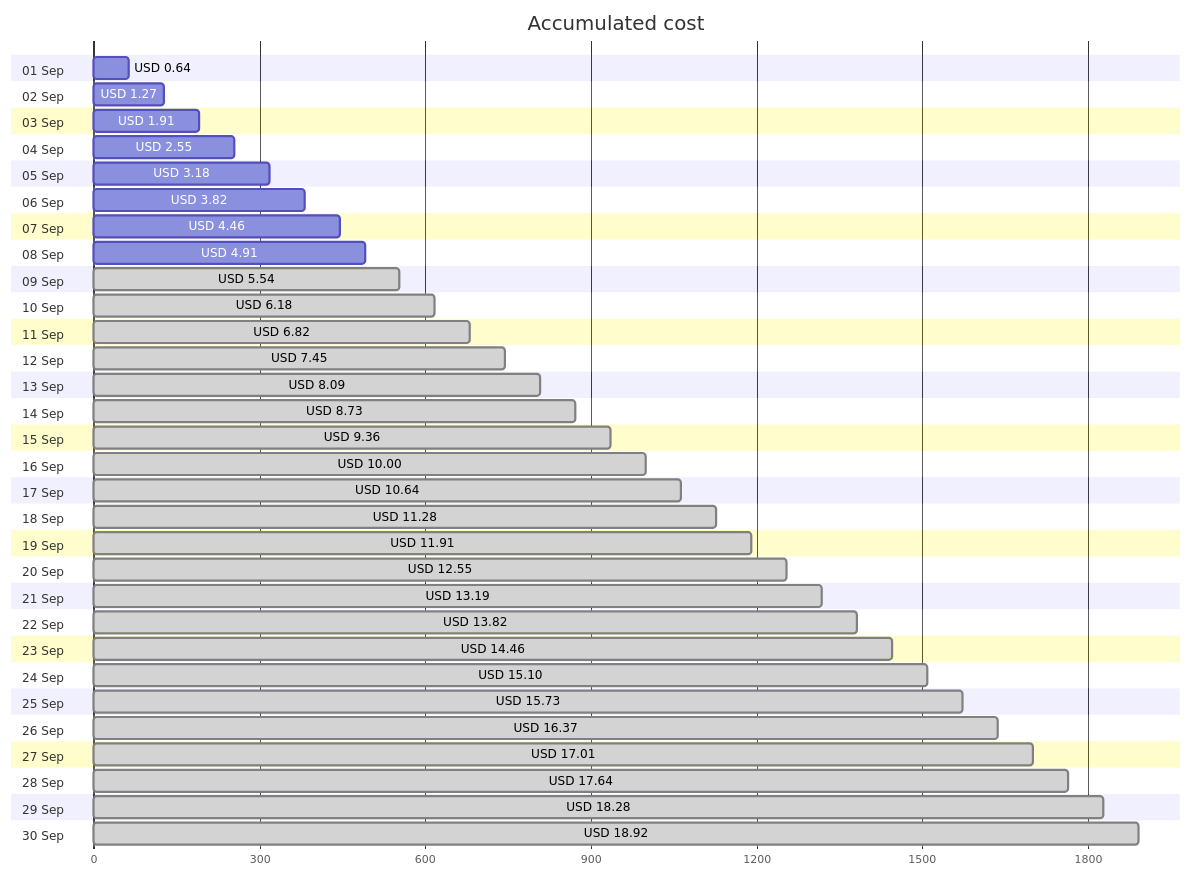
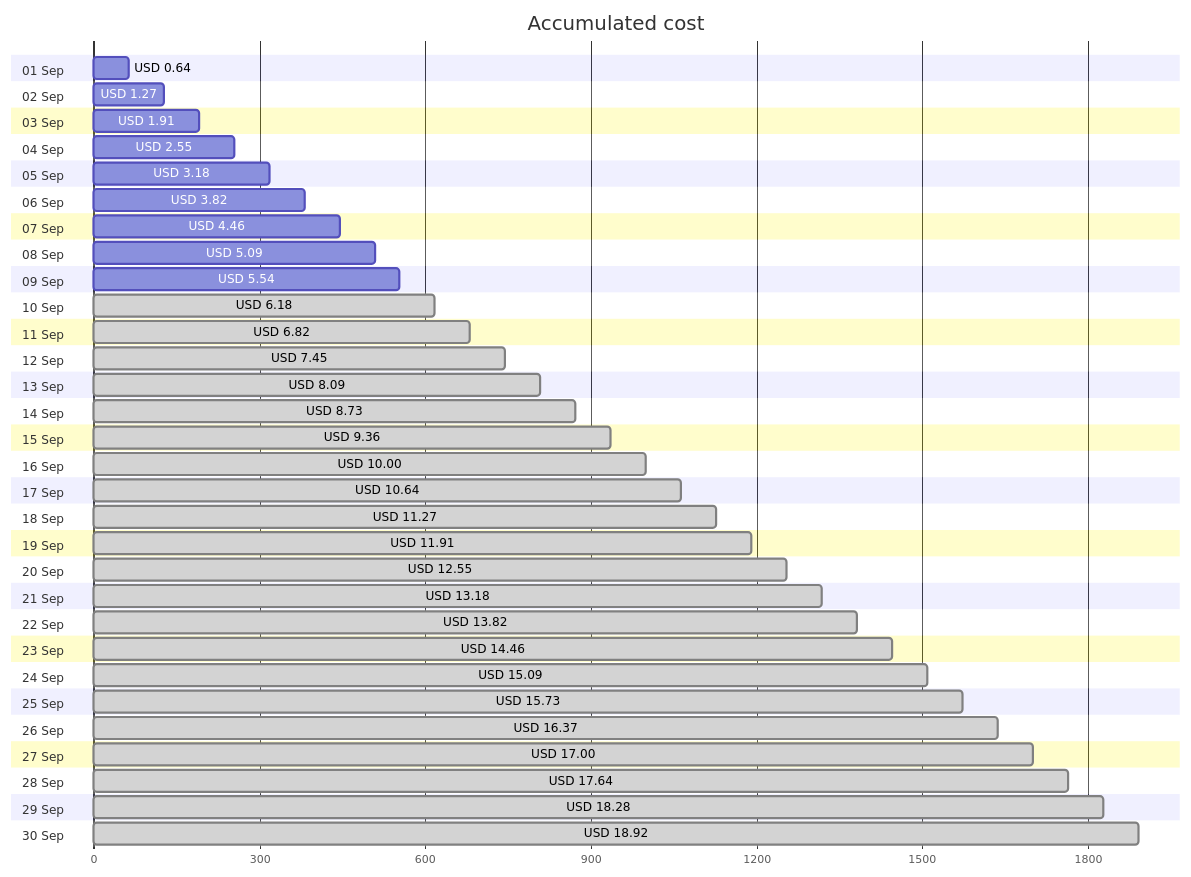
One commit to jpfulton/azure-personal-reports changed the first of 4 diagrams in cost-reports/accumulated-cost.md. Above: the diagram before and after it, drawn with Mermaid. The commit also changed other lines of this file and 4 other files, not shown here.

````diff
--- a/cost-reports/accumulated-cost.md
+++ b/cost-reports/accumulated-cost.md
@@ -20,66 +20,66 @@
 ```mermaid
 gantt
    title Accumulated cost
    dateFormat  X
    axisFormat %s
    section 01 Sep
    USD 0.64 :0, 64
    section 02 Sep
    USD 1.27 :0, 127
    section 03 Sep
    USD 1.91 :0, 191
    section 04 Sep
    USD 2.55 :0, 255
    section 05 Sep
    USD 3.18 :0, 318
    section 06 Sep
    USD 3.82 :0, 382
    section 07 Sep
    USD 4.46 :0, 446
    section 08 Sep
-   USD 4.91 :0, 491
+   USD 5.09 :0, 509
    section 09 Sep
-   USD 5.54 : done, 0, 554
+   USD 5.54 :0, 554
    section 10 Sep
    USD 6.18 : done, 0, 618
    section 11 Sep
    USD 6.82 : done, 0, 682
    section 12 Sep
    USD 7.45 : done, 0, 745
    section 13 Sep
    USD 8.09 : done, 0, 809
    section 14 Sep
    USD 8.73 : done, 0, 873
    section 15 Sep
    USD 9.36 : done, 0, 936
    section 16 Sep
    USD 10.00 : done, 0, 1000
    section 17 Sep
    USD 10.64 : done, 0, 1064
    section 18 Sep
-   USD 11.28 : done, 0, 1128
+   USD 11.27 : done, 0, 1127
    section 19 Sep
    USD 11.91 : done, 0, 1191
    section 20 Sep
    USD 12.55 : done, 0, 1255
    section 21 Sep
-   USD 13.19 : done, 0, 1319
+   USD 13.18 : done, 0, 1318
    section 22 Sep
    USD 13.82 : done, 0, 1382
    section 23 Sep
    USD 14.46 : done, 0, 1446
    section 24 Sep
-   USD 15.10 : done, 0, 1510
+   USD 15.09 : done, 0, 1509
    section 25 Sep
    USD 15.73 : done, 0, 1573
    section 26 Sep
    USD 16.37 : done, 0, 1637
    section 27 Sep
-   USD 17.01 : done, 0, 1701
+   USD 17.00 : done, 0, 1700
    section 28 Sep
    USD 17.64 : done, 0, 1764
    section 29 Sep
    USD 18.28 : done, 0, 1828
    section 30 Sep
    USD 18.92 : done, 0, 1892
 ```
````
